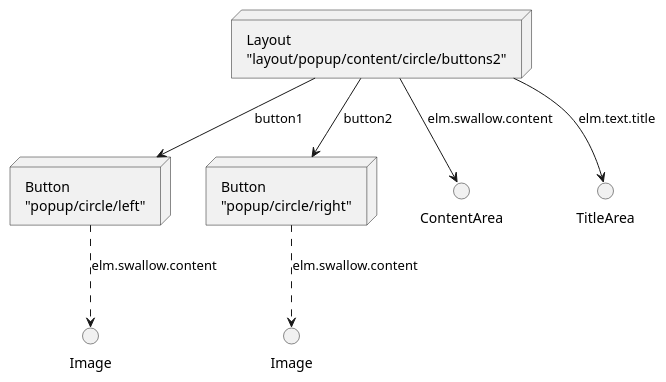
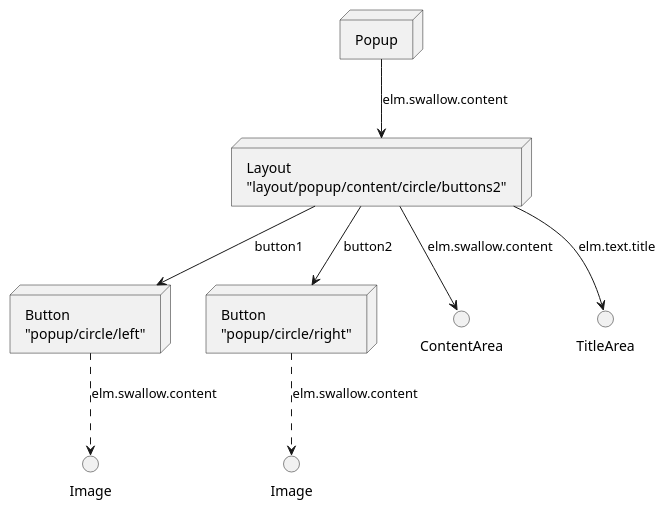
Diagram 17 of 17 in doc/design/uml/CirclePage.wsd (Samsung/Tizen.CircularUI), drawn with PlantUML before and after one commit. The commit also changed other lines of this file and 13 other files, not shown here.

```diff
--- a/doc/design/uml/CirclePage.wsd
+++ b/doc/design/uml/CirclePage.wsd
@@ -433,37 +518,41 @@
-@startuml TwoButtonPage_SceneGraph.png
+@startuml TwoButtonPopup_SceneGraph.png
 
-node TwoButtonPage [
+node TwoButtonPopup [
+    Popup
+]
+
+node BaseLayout [
     Layout
     "layout/popup/content/circle/buttons2"
 ]
 
 node FirstButton [
     Button
     "popup/circle/left"
 ]
 
 node SecondButton [
     Button
     "popup/circle/right"
 ]
 
 interface FirstButtonImage [
     Image
 ]
 
 interface SecondButtonImage [
     Image
 ]
 
 () ContentArea
 () TitleArea
 
-
-TwoButtonPage --> FirstButton : "button1"
-TwoButtonPage --> ContentArea : "elm.swallow.content"
-TwoButtonPage --> TitleArea : "elm.text.title"
-TwoButtonPage --> SecondButton : "button2"
+TwoButtonPopup --> BaseLayout :  "elm.swallow.content"
+BaseLayout --> ContentArea : "elm.swallow.content"
+BaseLayout --> TitleArea : "elm.text.title"
+BaseLayout --> FirstButton : "button1"
+BaseLayout --> SecondButton : "button2"
 
 FirstButton ..> FirstButtonImage : "elm.swallow.content"
 SecondButton ..> SecondButtonImage : "elm.swallow.content"
 @enduml
```
